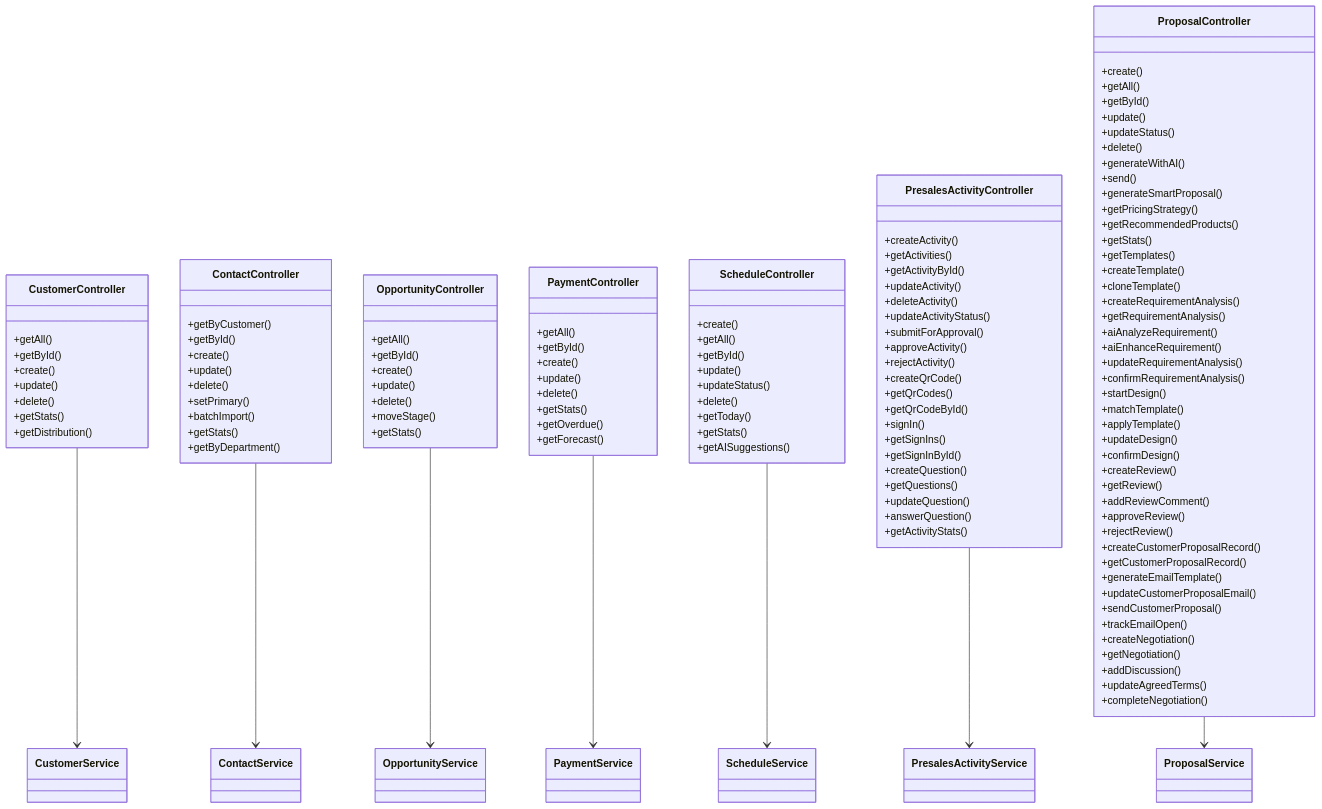
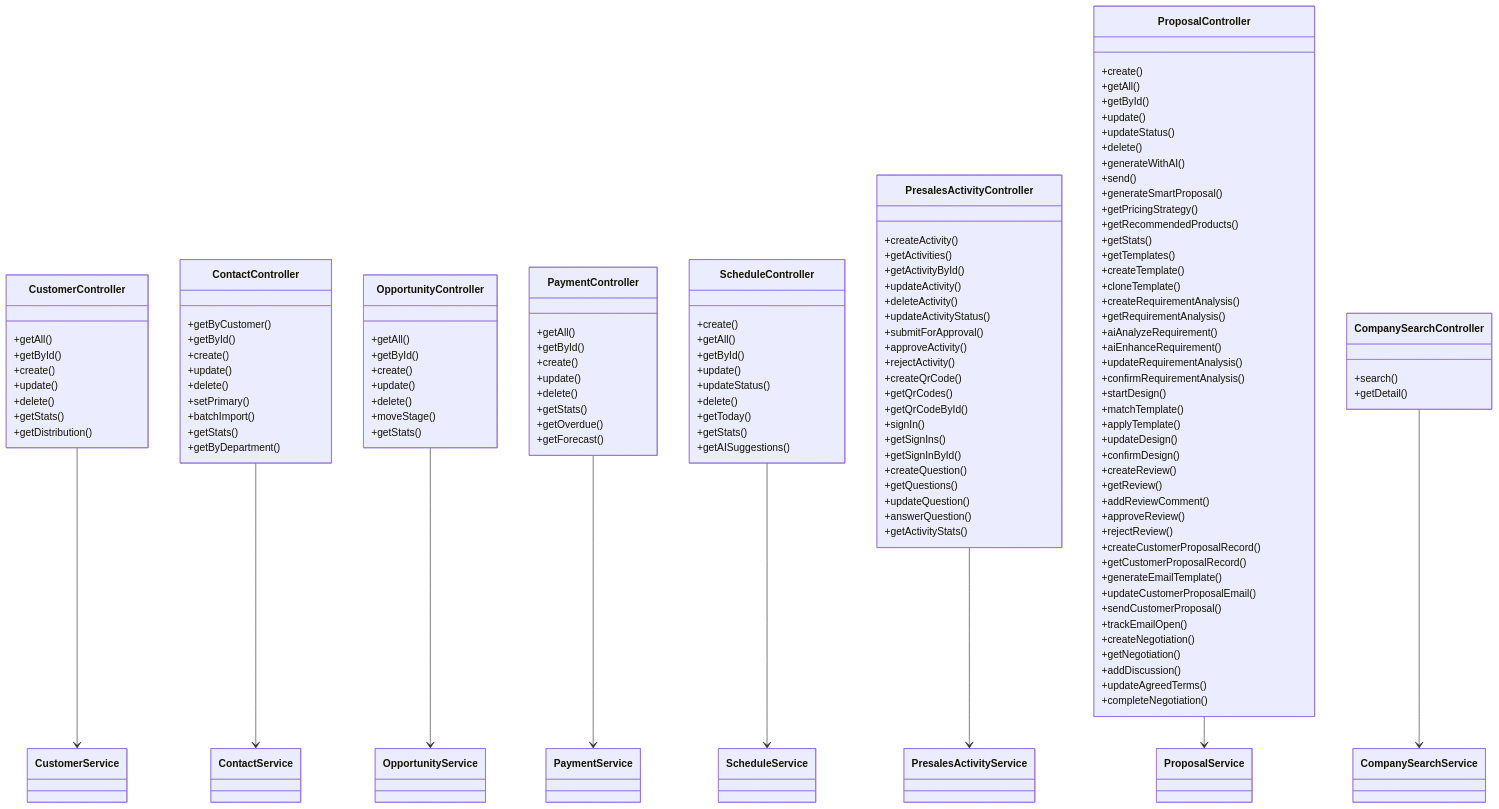
Diagram 29 of 30 in .qoder/repowiki/zh/content/Database Schema.md (xianjianshenqu/SalesFlow-CRM), drawn with Mermaid before and after one commit. The commit also changed other lines of this file and 11 other files, not shown here.

````diff
--- a/.qoder/repowiki/zh/content/Database Schema.md
+++ b/.qoder/repowiki/zh/content/Database Schema.md
@@ -1150,6 +1367,10 @@
 +updateAgreedTerms()
 +completeNegotiation()
 }
+class CompanySearchController {
++search()
++getDetail()
+}
 CustomerController --> CustomerService
 ContactController --> ContactService
 OpportunityController --> OpportunityService
@@ -1157,4 +1378,5 @@
 ScheduleController --> ScheduleService
 PresalesActivityController --> PresalesActivityService
 ProposalController --> ProposalService
+CompanySearchController --> CompanySearchService
 ```
````
